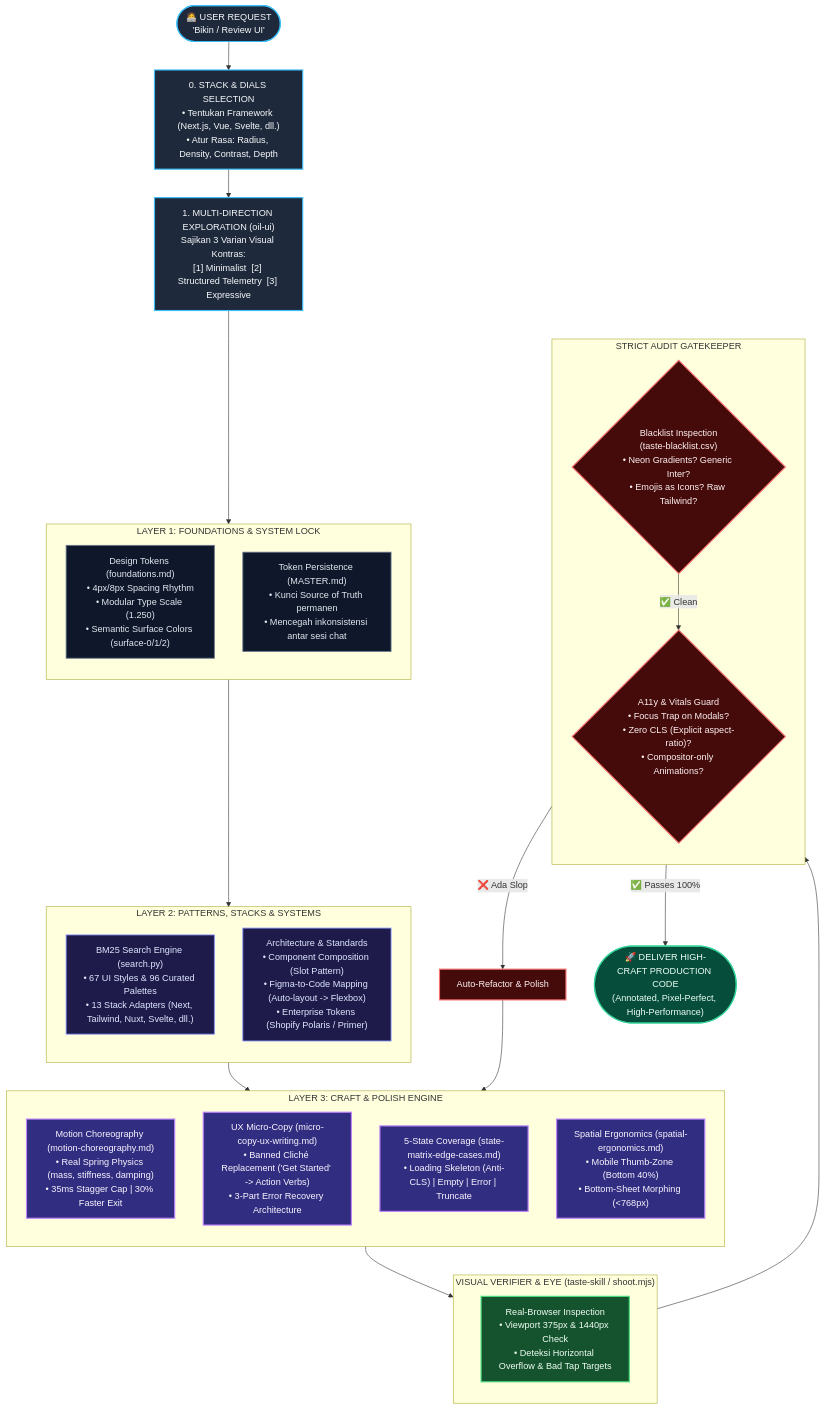
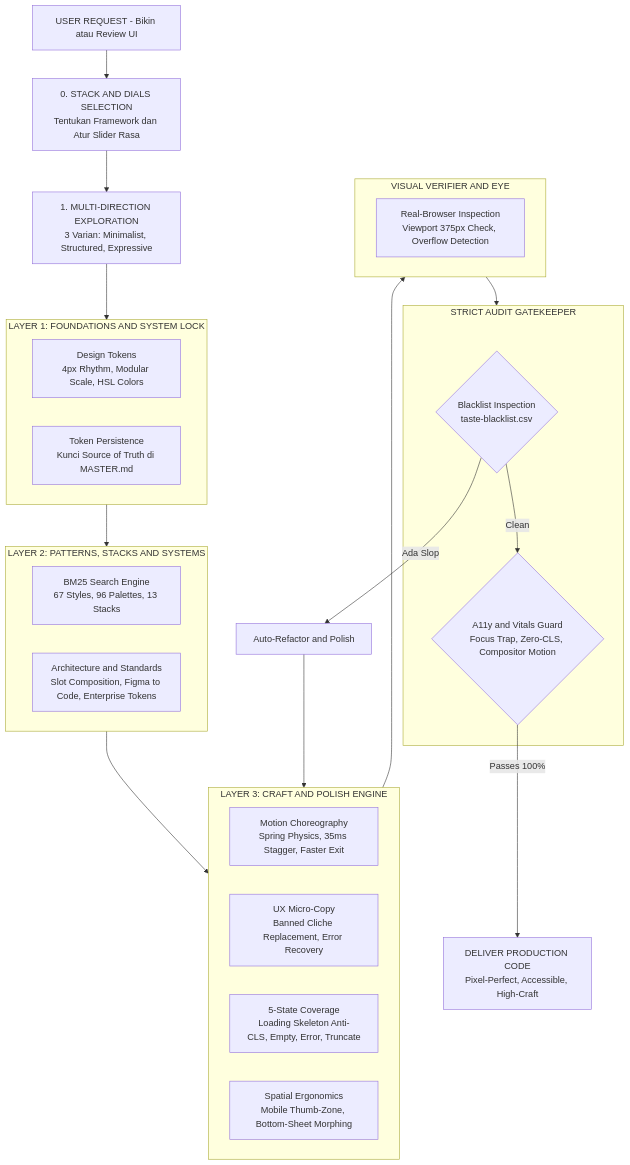
The diagram in README.md (Rey-CpuU/frontend-mastery), drawn with Mermaid before and after one commit. The commit also changed other lines of this file, not shown here.

Commit message:
fix: simplify mermaid syntax for github markdown compatibility

````diff
--- a/README.md
+++ b/README.md
@@ -10,56 +10,42 @@
 ```mermaid
 flowchart TD
-    classDef input fill:#1E293B,stroke:#38BDF8,stroke-width:2px,color:#F8FAFC;
-    classDef layer1 fill:#0F172A,stroke:#64748B,stroke-width:1.5px,color:#E2E8F0;
-    classDef layer2 fill:#1E1B4B,stroke:#818CF8,stroke-width:1.5px,color:#E0E7FF;
-    classDef layer3 fill:#312E81,stroke:#C084FC,stroke-width:2px,color:#FAF5FF;
-    classDef loop fill:#14532D,stroke:#4ADE80,stroke-width:2px,color:#F0FDF4;
-    classDef gatekeeper fill:#450A0A,stroke:#F87171,stroke-width:2px,color:#FEF2F2;
-    classDef output fill:#064E3B,stroke:#34D399,stroke-width:2px,color:#ECFDF5;
+    User["USER REQUEST - Bikin atau Review UI"] --> Step0["0. STACK AND DIALS SELECTION<br/>Tentukan Framework dan Atur Slider Rasa"]
+    Step0 --> Step1["1. MULTI-DIRECTION EXPLORATION<br/>3 Varian: Minimalist, Structured, Expressive"]
 
-    User(["🧑‍💻 USER REQUEST\n'Bikin / Review UI'"]):::input --> Step0["0. STACK & DIALS SELECTION\n• Tentukan Framework (Next.js, Vue, Svelte, dll.)\n• Atur Rasa: Radius, Density, Contrast, Depth"]:::input
-
-    Step0 --> Step1["1. MULTI-DIRECTION EXPLORATION (oil-ui)\nSajikan 3 Varian Visual Kontras:\n[1] Minimalist  [2] Structured Telemetry  [3] Expressive"]:::input
-
-    subgraph L1 ["LAYER 1: FOUNDATIONS & SYSTEM LOCK"]
-        direction TB
-        Tokens["Design Tokens (foundations.md)\n• 4px/8px Spacing Rhythm\n• Modular Type Scale (1.250)\n• Semantic Surface Colors (surface-0/1/2)"]:::layer1
-        Persist["Token Persistence (MASTER.md)\n• Kunci Source of Truth permanen\n• Mencegah inkonsistensi antar sesi chat"]:::layer1
+    subgraph L1["LAYER 1: FOUNDATIONS AND SYSTEM LOCK"]
+        Tokens["Design Tokens<br/>4px Rhythm, Modular Scale, HSL Colors"]
+        Persist["Token Persistence<br/>Kunci Source of Truth di MASTER.md"]
     end
 
-    subgraph L2 ["LAYER 2: PATTERNS, STACKS & SYSTEMS"]
-        direction TB
-        SearchEngine["BM25 Search Engine (search.py)\n• 67 UI Styles & 96 Curated Palettes\n• 13 Stack Adapters (Next, Tailwind, Nuxt, Svelte, dll.)"]:::layer2
-        CleanArch["Architecture & Standards\n• Component Composition (Slot Pattern)\n• Figma-to-Code Mapping (Auto-layout -> Flexbox)\n• Enterprise Tokens (Shopify Polaris / Primer)"]:::layer2
+    subgraph L2["LAYER 2: PATTERNS, STACKS AND SYSTEMS"]
+        SearchEngine["BM25 Search Engine<br/>67 Styles, 96 Palettes, 13 Stacks"]
+        CleanArch["Architecture and Standards<br/>Slot Composition, Figma to Code, Enterprise Tokens"]
     end
 
-    subgraph L3 ["LAYER 3: CRAFT & POLISH ENGINE"]
-        direction TB
-        Motion["Motion Choreography (motion-choreography.md)\n• Real Spring Physics (mass, stiffness, damping)\n• 35ms Stagger Cap | 30% Faster Exit"]:::layer3
-        CopyWriting["UX Micro-Copy (micro-copy-ux-writing.md)\n• Banned Cliché Replacement ('Get Started' -> Action Verbs)\n• 3-Part Error Recovery Architecture"]:::layer3
-        StateMatrix["5-State Coverage (state-matrix-edge-cases.md)\n• Loading Skeleton (Anti-CLS) | Empty | Error | Truncate"]:::layer3
-        Ergonomics["Spatial Ergonomics (spatial-ergonomics.md)\n• Mobile Thumb-Zone (Bottom 40%)\n• Bottom-Sheet Morphing (<768px)"]:::layer3
+    subgraph L3["LAYER 3: CRAFT AND POLISH ENGINE"]
+        Motion["Motion Choreography<br/>Spring Physics, 35ms Stagger, Faster Exit"]
+        CopyWriting["UX Micro-Copy<br/>Banned Cliche Replacement, Error Recovery"]
+        StateMatrix["5-State Coverage<br/>Loading Skeleton Anti-CLS, Empty, Error, Truncate"]
+        Ergonomics["Spatial Ergonomics<br/>Mobile Thumb-Zone, Bottom-Sheet Morphing"]
     end
 
-    subgraph VLoop ["VISUAL VERIFIER & EYE (taste-skill / shoot.mjs)"]
-        direction TB
-        Inspect["Real-Browser Inspection\n• Viewport 375px & 1440px Check\n• Deteksi Horizontal Overflow & Bad Tap Targets"]:::loop
+    subgraph VLoop["VISUAL VERIFIER AND EYE"]
+        Inspect["Real-Browser Inspection<br/>Viewport 375px Check, Overflow Detection"]
     end
 
-    subgraph Gate ["STRICT AUDIT GATEKEEPER"]
-        direction TB
-        BlacklistCheck{"Blacklist Inspection\n(taste-blacklist.csv)\n• Neon Gradients? Generic Inter?\n• Emojis as Icons? Raw Tailwind?"}:::gatekeeper
-        A11yVitalsCheck{"A11y & Vitals Guard\n• Focus Trap on Modals?\n• Zero CLS (Explicit aspect-ratio)?\n• Compositor-only Animations?"}:::gatekeeper
+    subgraph Gate["STRICT AUDIT GATEKEEPER"]
+        BlacklistCheck{"Blacklist Inspection<br/>taste-blacklist.csv"}
+        A11yVitalsCheck{"A11y and Vitals Guard<br/>Focus Trap, Zero-CLS, Compositor Motion"}
     end
 
     Step1 --> L1
     L1 --> L2
     L2 --> L3
     L3 --> VLoop
     VLoop --> Gate
 
-    BlacklistCheck -- "❌ Ada Slop" --> Refactor["Auto-Refactor & Polish"]:::gatekeeper
+    BlacklistCheck -->|Ada Slop| Refactor["Auto-Refactor and Polish"]
     Refactor --> L3
-    BlacklistCheck -- "✅ Clean" --> A11yVitalsCheck
-    A11yVitalsCheck -- "✅ Passes 100%" --> FinalOutput(["🚀 DELIVER HIGH-CRAFT PRODUCTION CODE\n(Annotated, Pixel-Perfect, High-Performance)"]):::output
+    BlacklistCheck -->|Clean| A11yVitalsCheck
+    A11yVitalsCheck -->|Passes 100%| FinalOutput["DELIVER PRODUCTION CODE<br/>Pixel-Perfect, Accessible, High-Craft"]
 ```
````
